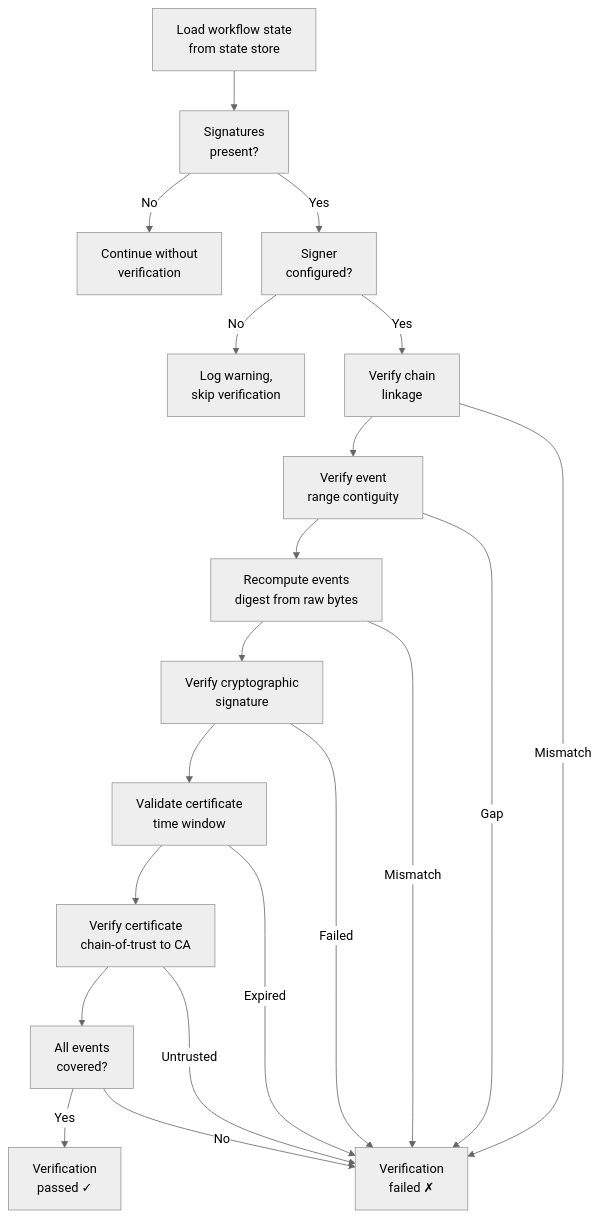
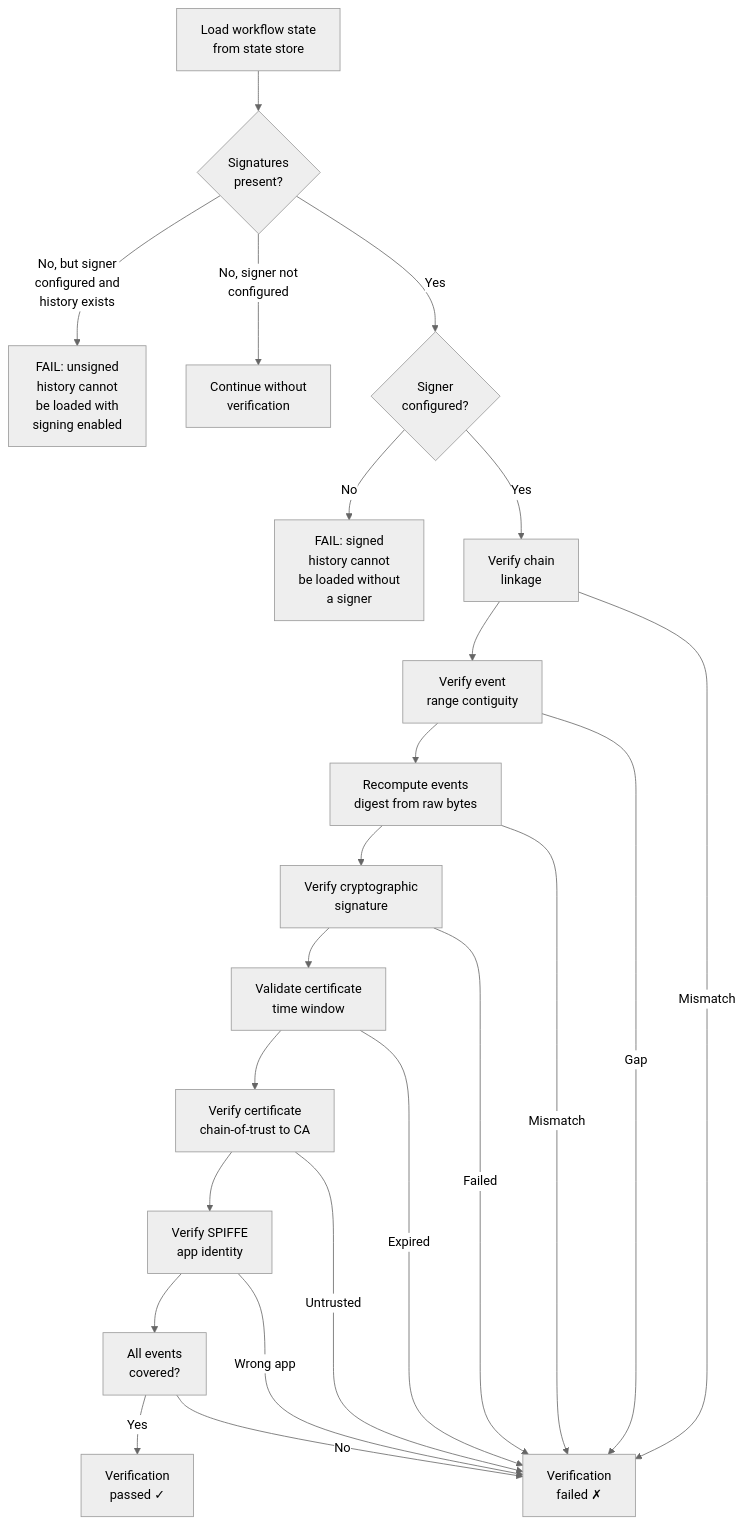
The third of 5 diagrams in daprdocs/content/en/developing-applications/building-blocks/workflow/workflow-history-signing.md (dapr/docs), drawn with Mermaid (neutral theme) before and after one commit. The commit also changed other lines of this file and 2 other files, not shown here.

Commit message:
Update history signing docs based on implementation

```diff
--- a/daprdocs/content/en/developing-applications/building-blocks/workflow/workflow-history-signing.md
+++ b/daprdocs/content/en/developing-applications/building-blocks/workflow/workflow-history-signing.md
@@ -164,22 +161,25 @@
 {{< mermaid >}}
 flowchart TD
-    A["Load workflow state<br/>from state store"] --> B["Signatures<br/>present?"]
-    B -->|No| C["Continue without<br/>verification"]
-    B -->|Yes| D["Signer<br/>configured?"]
-    D -->|No| W["Log warning,<br/>skip verification"]
+    A["Load workflow state<br/>from state store"] --> B{"Signatures<br/>present?"}
+    B -->|"No, but signer<br/>configured and<br/>history exists"| N["FAIL: unsigned<br/>history cannot<br/>be loaded with<br/>signing enabled"]
+    B -->|"No, signer not<br/>configured"| C["Continue without<br/>verification"]
+    B -->|Yes| D{"Signer<br/>configured?"}
+    D -->|No| W["FAIL: signed<br/>history cannot<br/>be loaded without<br/>a signer"]
     D -->|Yes| E["Verify chain<br/>linkage"]
     E --> F["Verify event<br/>range contiguity"]
     F --> G["Recompute events<br/>digest from raw bytes"]
     G --> H["Verify cryptographic<br/>signature"]
     H --> I["Validate certificate<br/>time window"]
     I --> J["Verify certificate<br/>chain-of-trust to CA"]
-    J --> K["All events<br/>covered?"]
-    K -->|Yes| L["Verification<br/>passed ✓"]
-    K -->|No| M["Verification<br/>failed ✗"]
+    J --> K["Verify SPIFFE<br/>app identity"]
+    K --> L["All events<br/>covered?"]
+    L -->|Yes| P["Verification<br/>passed ✓"]
+    L -->|No| M["Verification<br/>failed ✗"]
     E -->|Mismatch| M
     F -->|Gap| M
     G -->|Mismatch| M
     H -->|Failed| M
     I -->|Expired| M
     J -->|Untrusted| M
+    K -->|Wrong app| M
 {{< /mermaid >}}
```
